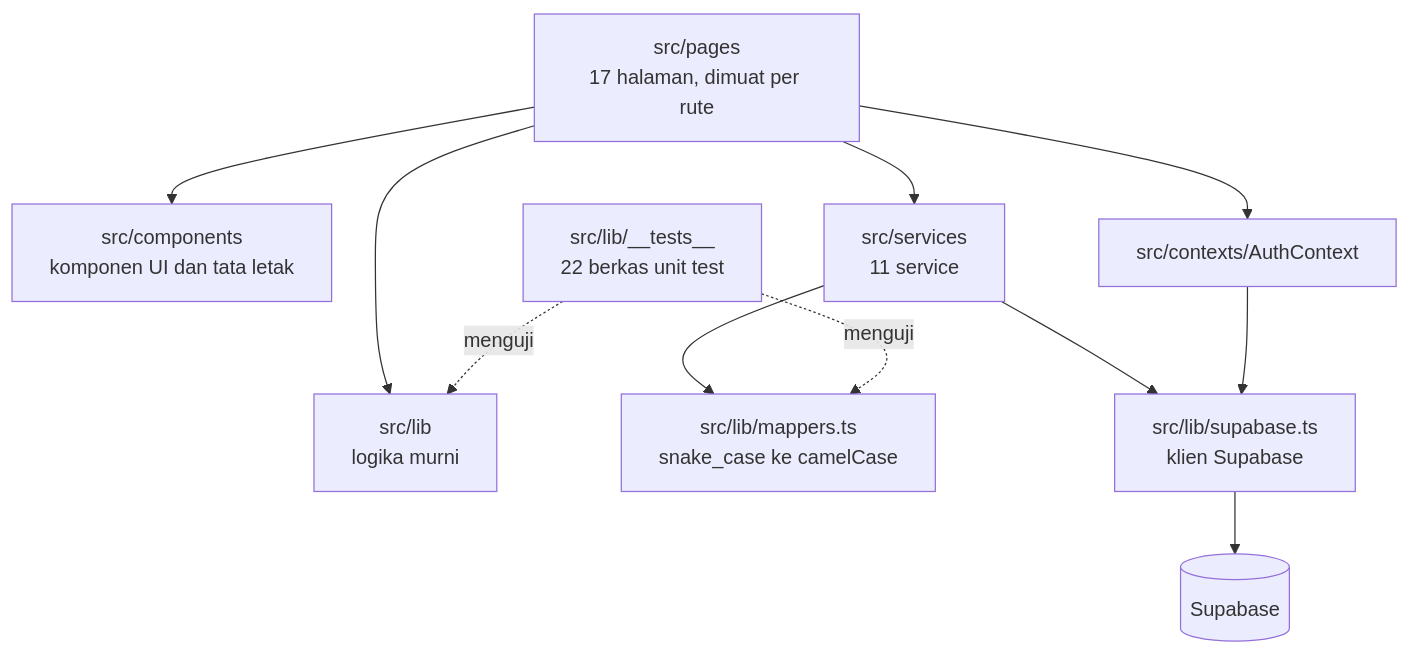
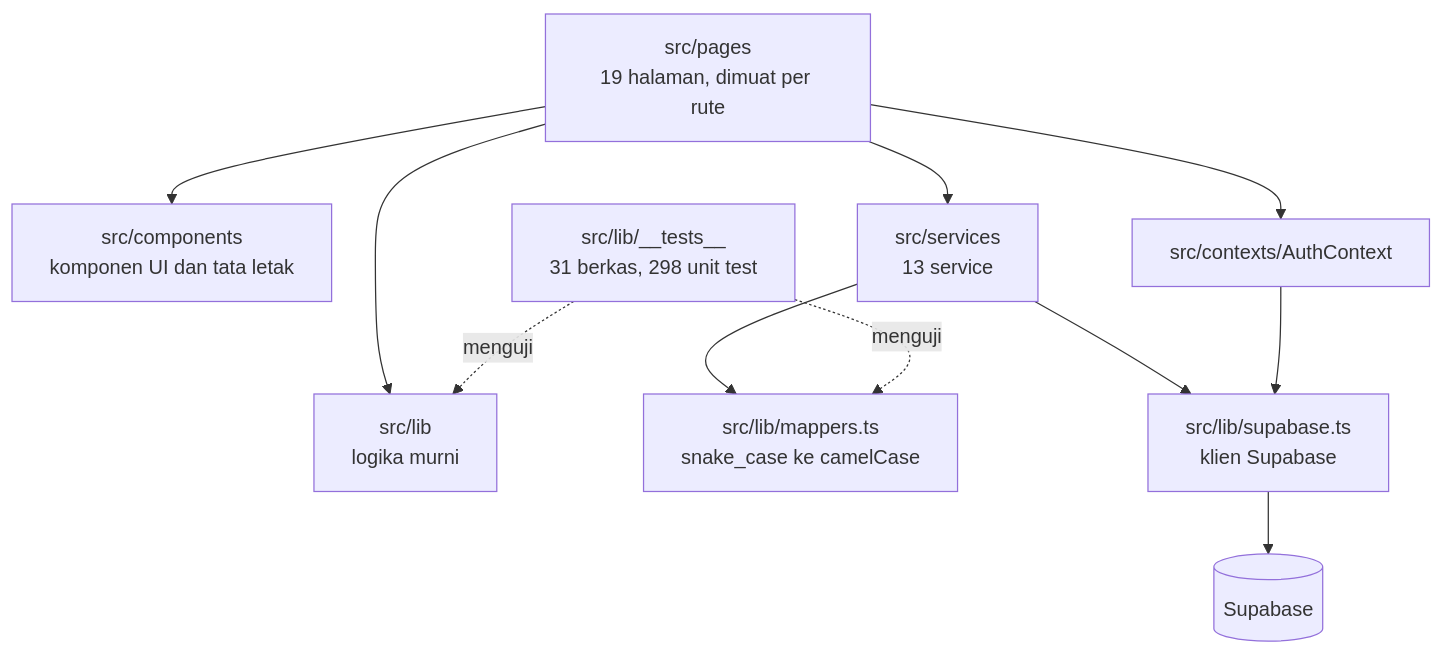
The second of 9 diagrams in docs/arsitektur.md (RifqiPermanaPutra/KampusHub), drawn with Mermaid before and after one commit. The commit also changed other lines of this file and 85 other files, not shown here.

````diff
--- a/docs/arsitektur.md
+++ b/docs/arsitektur.md
@@ -75,13 +93,13 @@
 ```mermaid
 flowchart TD
-    P["src/pages<br/>17 halaman, dimuat per rute"] --> C["src/components<br/>komponen UI dan tata letak"]
+    P["src/pages<br/>19 halaman, dimuat per rute"] --> C["src/components<br/>komponen UI dan tata letak"]
     P --> X["src/contexts/AuthContext"]
-    P --> S["src/services<br/>11 service"]
+    P --> S["src/services<br/>13 service"]
     P --> L["src/lib<br/>logika murni"]
     S --> M["src/lib/mappers.ts<br/>snake_case ke camelCase"]
     S --> K["src/lib/supabase.ts<br/>klien Supabase"]
     X --> K
     K --> SB[("Supabase")]
-    T["src/lib/__tests__<br/>22 berkas unit test"] -.->|"menguji"| L
+    T["src/lib/__tests__<br/>31 berkas, 298 unit test"] -.->|"menguji"| L
     T -.->|"menguji"| M
 ```
````
